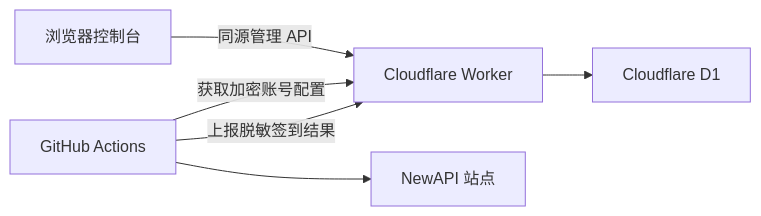
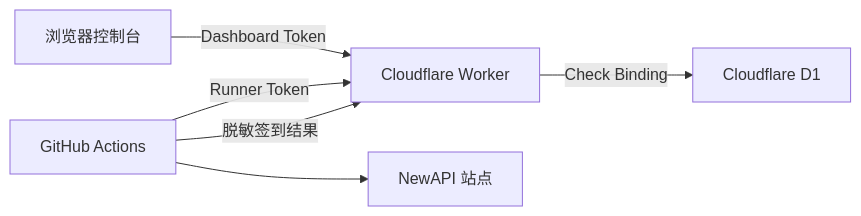
One commit to zhikanyeye/Newapi-checkin changed the diagram in README.md. Above: the diagram before and after it, drawn with Mermaid. The commit also changed other lines of this file and 7 other files, not shown here.

````diff
--- a/README.md
+++ b/README.md
@@ -22,8 +22,8 @@
 ```mermaid
 graph LR
-    A["浏览器控制台"] -->|"同源管理 API"| B["Cloudflare Worker"]
-    B --> C["Cloudflare D1"]
-    D["GitHub Actions"] -->|"获取加密账号配置"| B
+    A["浏览器控制台"] -->|"Dashboard Token"| B["Cloudflare Worker"]
+    B -->|"Check Binding"| C["Cloudflare D1"]
+    D["GitHub Actions"] -->|"Runner Token"| B
     D --> E["NewAPI 站点"]
-    D -->|"上报脱敏签到结果"| B
+    D -->|"脱敏签到结果"| B
 ```
````
